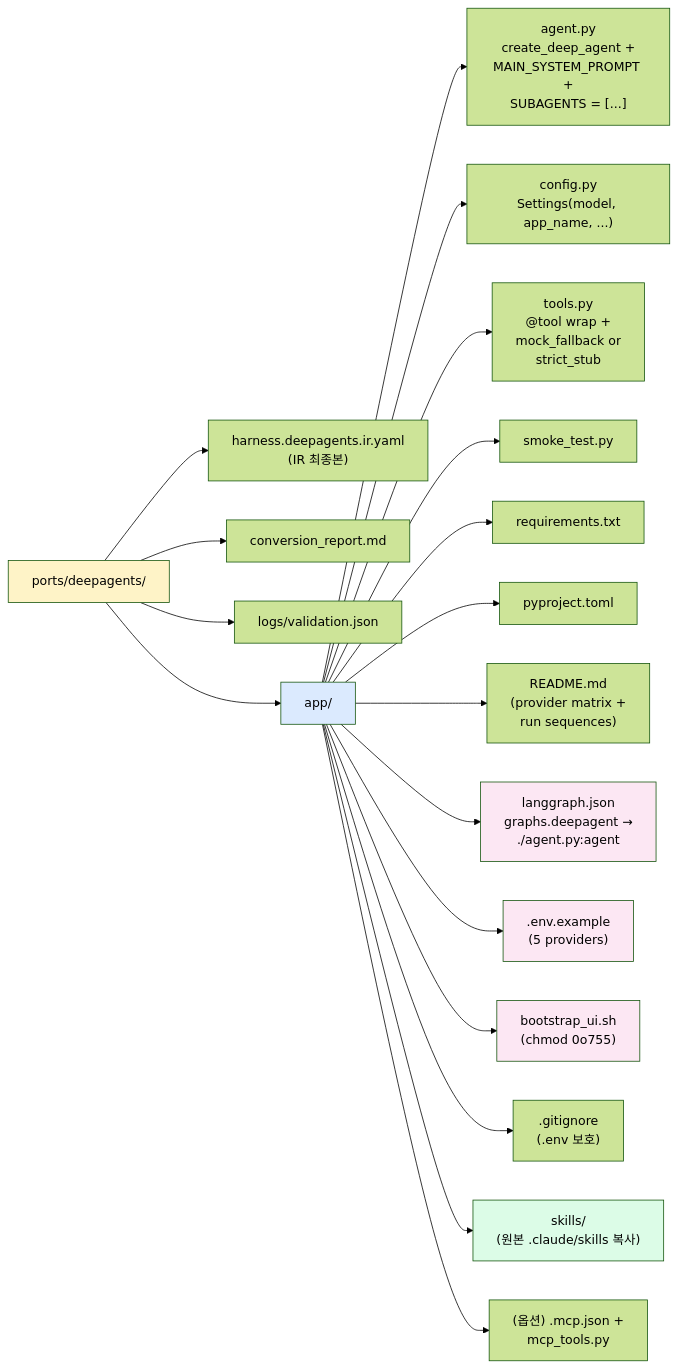
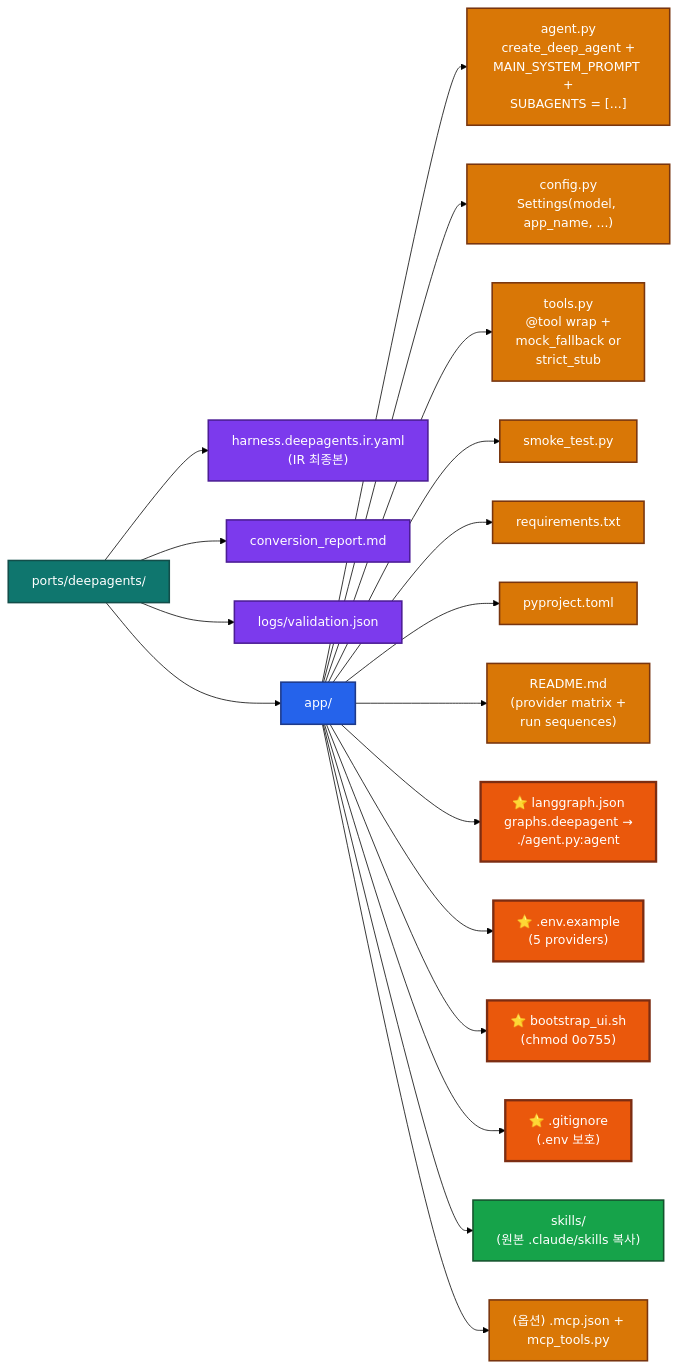
The fourth of 10 diagrams in .claude/skills/harness2deepagents/README.md (tykimos/harness2deepagents), drawn with Mermaid (forest theme) before and after one commit. The commit also changed other lines of this file and 1 other file, not shown here.

First line of the commit message:
fix(readme): theme-safe mermaid styling for dark + light modes

````diff
--- a/.claude/skills/harness2deepagents/README.md
+++ b/.claude/skills/harness2deepagents/README.md
@@ -161,29 +167,29 @@
 ```mermaid
 graph LR
-    Root["ports/deepagents/"]
-    Root --> IR["harness.deepagents.ir.yaml<br/>(IR 최종본)"]
-    Root --> Report["conversion_report.md"]
-    Root --> Logs["logs/validation.json"]
-    Root --> App["app/"]
+    classDef root fill:#0f766e,color:#fff,stroke:#134e4a,stroke-width:2px
+    classDef pkg fill:#2563eb,color:#fff,stroke:#1e3a8a,stroke-width:2px
+    classDef core fill:#d97706,color:#fff,stroke:#78350f,stroke-width:2px
+    classDef ui fill:#ea580c,color:#fff,stroke:#7c2d12,stroke-width:3px
+    classDef preserved fill:#16a34a,color:#fff,stroke:#14532d,stroke-width:2px
+    classDef report fill:#7c3aed,color:#fff,stroke:#4c1d95,stroke-width:2px
 
-    App --> Agent["agent.py<br/>create_deep_agent +<br/>MAIN_SYSTEM_PROMPT +<br/>SUBAGENTS = [...]"]
-    App --> Config["config.py<br/>Settings(model, app_name, ...)"]
-    App --> Tools["tools.py<br/>@tool wrap +<br/>mock_fallback or<br/>strict_stub"]
-    App --> Smoke["smoke_test.py"]
-    App --> Reqs["requirements.txt"]
-    App --> Proj["pyproject.toml"]
-    App --> Readme["README.md<br/>(provider matrix +<br/>run sequences)"]
-    App --> LG["langgraph.json<br/>graphs.deepagent →<br/>./agent.py:agent"]
-    App --> Env[".env.example<br/>(5 providers)"]
-    App --> Boot["bootstrap_ui.sh<br/>(chmod 0o755)"]
-    App --> GI[".gitignore<br/>(.env 보호)"]
-    App --> Skills["skills/<br/>(원본 .claude/skills 복사)"]
-    App --> Mcp["(옵션) .mcp.json +<br/>mcp_tools.py"]
+    Root["ports/deepagents/"]:::root
+    Root --> IR["harness.deepagents.ir.yaml<br/>(IR 최종본)"]:::report
+    Root --> Report["conversion_report.md"]:::report
+    Root --> Logs["logs/validation.json"]:::report
+    Root --> App["app/"]:::pkg
 
-    style Root fill:#fef3c7
-    style App fill:#dbeafe
-    style Skills fill:#dcfce7
-    style Boot fill:#fce7f3
-    style LG fill:#fce7f3
-    style Env fill:#fce7f3
+    App --> Agent["agent.py<br/>create_deep_agent +<br/>MAIN_SYSTEM_PROMPT +<br/>SUBAGENTS = [...]"]:::core
+    App --> Config["config.py<br/>Settings(model, app_name, ...)"]:::core
+    App --> Tools["tools.py<br/>@tool wrap +<br/>mock_fallback or<br/>strict_stub"]:::core
+    App --> Smoke["smoke_test.py"]:::core
+    App --> Reqs["requirements.txt"]:::core
+    App --> Proj["pyproject.toml"]:::core
+    App --> Readme["README.md<br/>(provider matrix +<br/>run sequences)"]:::core
+    App --> LG["⭐ langgraph.json<br/>graphs.deepagent →<br/>./agent.py:agent"]:::ui
+    App --> Env["⭐ .env.example<br/>(5 providers)"]:::ui
+    App --> Boot["⭐ bootstrap_ui.sh<br/>(chmod 0o755)"]:::ui
+    App --> GI["⭐ .gitignore<br/>(.env 보호)"]:::ui
+    App --> Skills["skills/<br/>(원본 .claude/skills 복사)"]:::preserved
+    App --> Mcp["(옵션) .mcp.json +<br/>mcp_tools.py"]:::core
 ```
````
